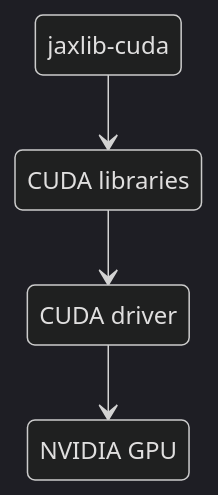
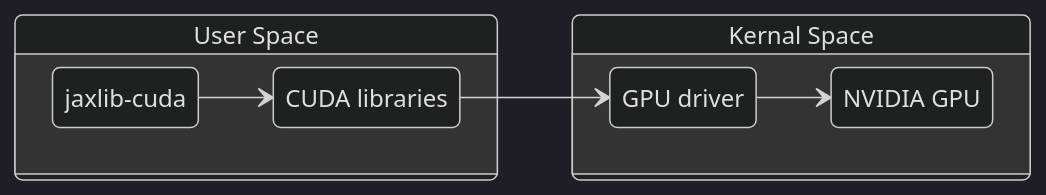
Before and after one commit to EMI-Group/evox: the second of 2 diagrams in docs/source/guide/install.md, drawn with Mermaid (dark theme). The commit also changed other lines of this file, not shown here.

````diff
--- a/docs/source/guide/install.md
+++ b/docs/source/guide/install.md
@@ -58,11 +60,23 @@
 ```{mermaid}
 stateDiagram-v2
     jaxlib : jaxlib-cuda
     cuda : CUDA libraries
-    driver : CUDA driver
+    driver : GPU driver
     gpu : NVIDIA GPU
+    user: User Space
+    kernel: Kernal Space
 
-    jaxlib --> cuda
+    direction LR
+
+    state user {
+      direction LR
+      jaxlib --> cuda
+    }
+
     cuda --> driver
-    driver --> gpu
+
+    state kernel {
+      direction LR
+      driver --> gpu
+    }
 ```
````
